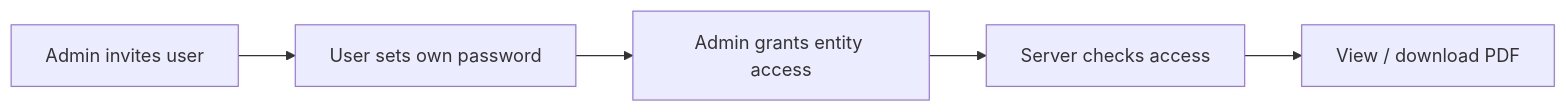
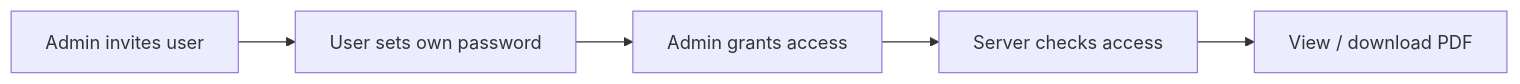
The fifth of 5 diagrams in README.md (fidanberisha-png/fidanberisha-png), drawn with Mermaid before and after one commit. The commit also changed other lines of this file, not shown here.

````diff
--- a/README.md
+++ b/README.md
@@ -77,7 +77,7 @@
 ```mermaid
 flowchart LR
     A[Admin invites user] --> B[User sets own password]
-    B --> C[Admin grants entity access]
+    B --> C[Admin grants access]
     C --> D[Server checks access]
     D --> E[View / download PDF]
 ```
````
